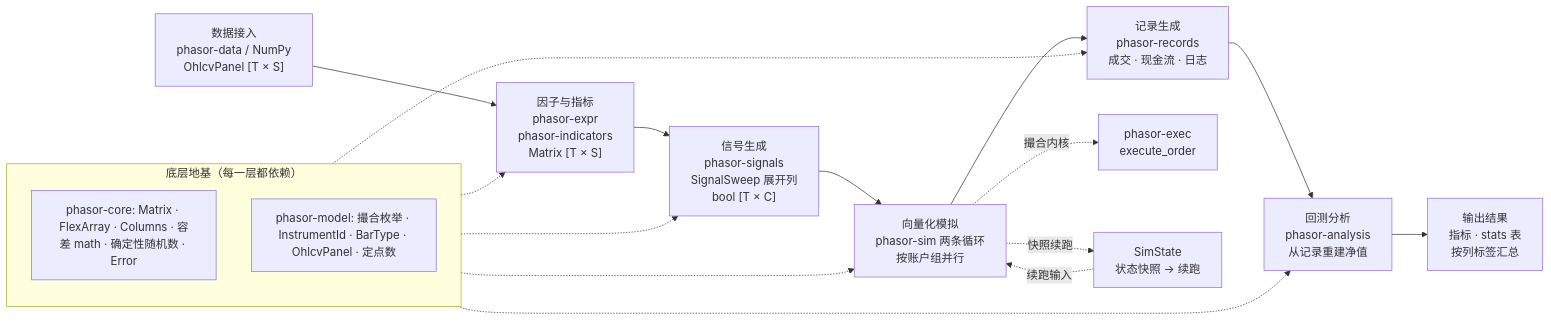
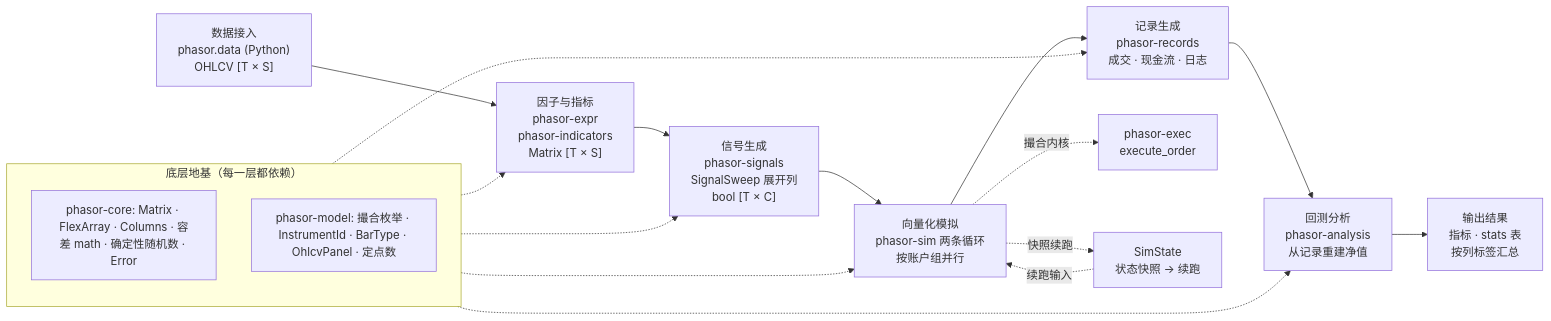
One commit to nivalume/phasor changed the first of 9 diagrams in docs/architecture.md. Above: the diagram before and after it, drawn with Mermaid. The commit also changed other lines of this file and 25 other files, not shown here.

````diff
--- a/docs/architecture.md
+++ b/docs/architecture.md
@@ -20,23 +20,23 @@
 ```mermaid
 flowchart LR
-    Data["数据接入<br/>phasor-data / NumPy<br/>OhlcvPanel [T × S]"] --> Factor["因子与指标<br/>phasor-expr<br/>phasor-indicators<br/>Matrix [T × S]"]
+    Data["数据接入<br/>phasor.data (Python)<br/>OHLCV [T × S]"] --> Factor["因子与指标<br/>phasor-expr<br/>phasor-indicators<br/>Matrix [T × S]"]
     Factor --> Signal["信号生成<br/>phasor-signals<br/>SignalSweep 展开列<br/>bool [T × C]"]
     Signal --> Sim["向量化模拟<br/>phasor-sim 两条循环<br/>按账户组并行"]
     Sim --> Rec["记录生成<br/>phasor-records<br/>成交 · 现金流 · 日志"]
     Rec --> Analysis["回测分析<br/>phasor-analysis<br/>从记录重建净值"]
     Analysis --> Result["输出结果<br/>指标 · stats 表<br/>按列标签汇总"]
 
     Sim -.撮合内核.-> Exec["phasor-exec<br/>execute_order"]
     Sim -.快照续跑.-> State["SimState<br/>状态快照 → 续跑"]
     State -.续跑输入.-> Sim
 
     subgraph Foundation["底层地基（每一层都依赖）"]
         Core["phasor-core: Matrix · FlexArray · Columns · 容差 math · 确定性随机数 · Error"]
         Model["phasor-model: 撮合枚举 · InstrumentId · BarType · OhlcvPanel · 定点数"]
     end
     Foundation -.-> Sim
     Foundation -.-> Factor
     Foundation -.-> Signal
     Foundation -.-> Rec
     Foundation -.-> Analysis
 ```
````
